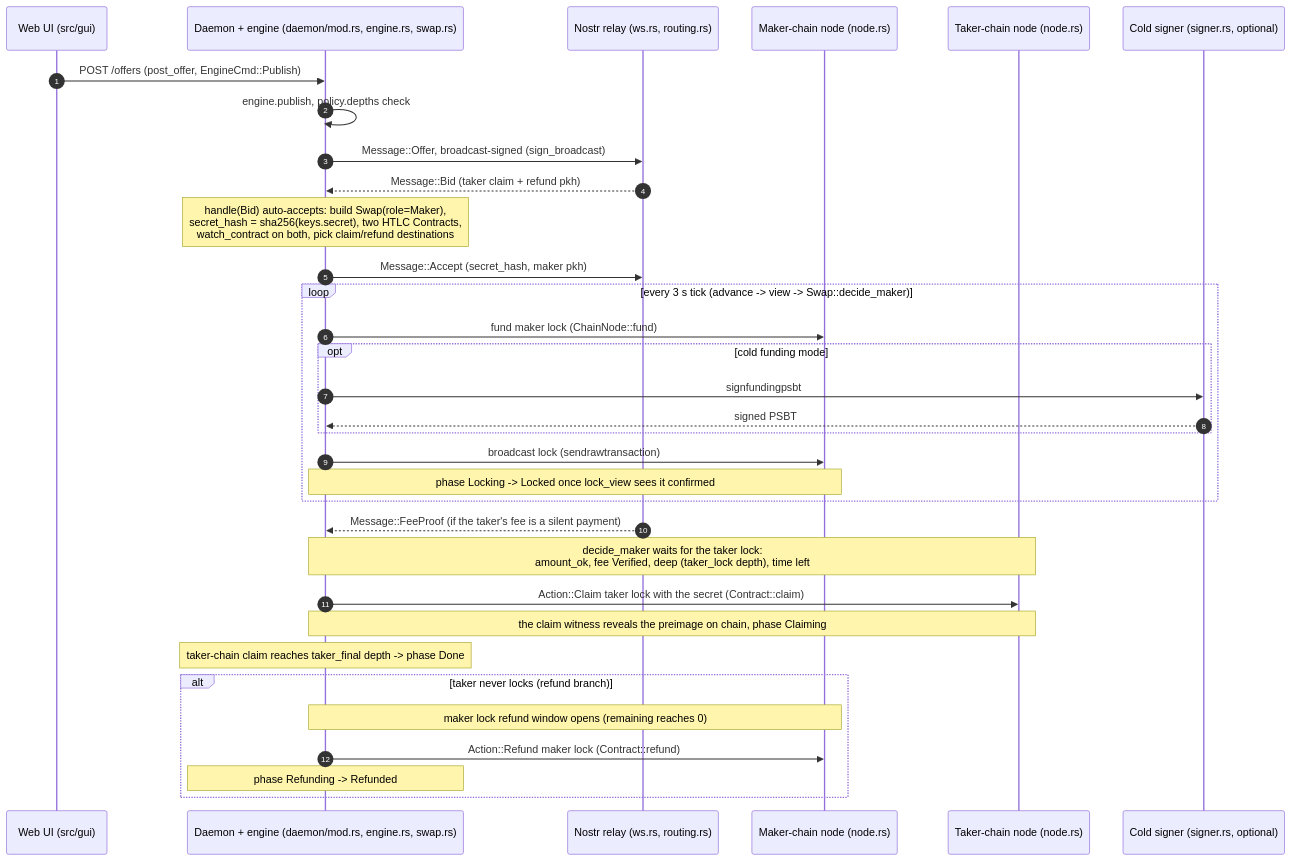
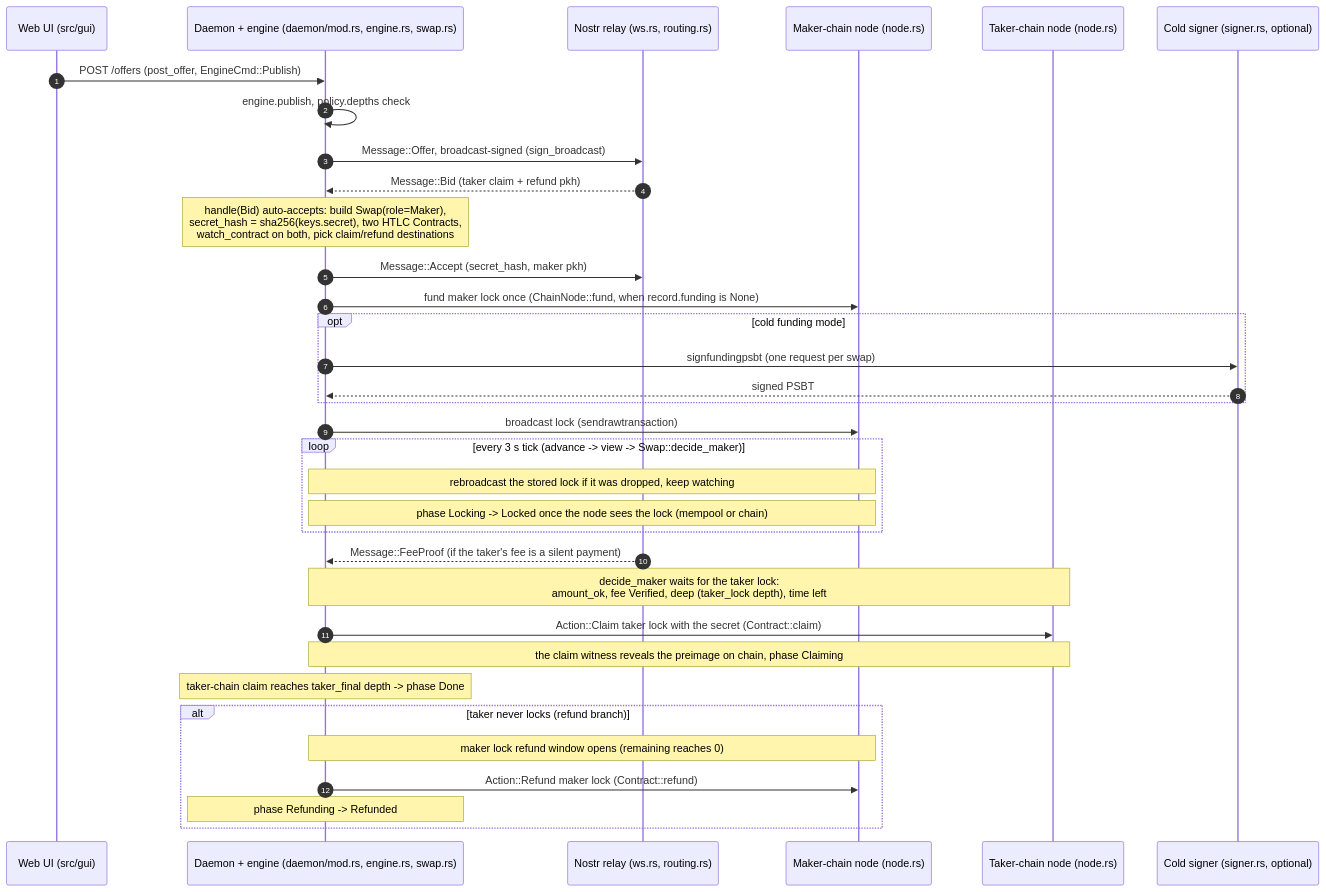
One commit to TwentyOneLife/sovereign-swap changed the second of 4 diagrams in docs/swap-flow.md. Above: the diagram before and after it, drawn with Mermaid. The commit also changed other lines of this file, not shown here.

First line of the commit message:
docs: swap-flow review fixes

````diff
--- a/docs/swap-flow.md
+++ b/docs/swap-flow.md
@@ -72,40 +82,41 @@
 ```mermaid
 sequenceDiagram
     autonumber
     participant UI as Web UI (src/gui)
     participant EN as Daemon + engine (daemon/mod.rs, engine.rs, swap.rs)
     participant RLY as Nostr relay (ws.rs, routing.rs)
     participant MN as Maker-chain node (node.rs)
     participant TN as Taker-chain node (node.rs)
     participant SGN as Cold signer (signer.rs, optional)
 
     UI->>EN: POST /offers (post_offer, EngineCmd::Publish)
     EN->>EN: engine.publish, policy.depths check
     EN->>RLY: Message::Offer, broadcast-signed (sign_broadcast)
 
     RLY-->>EN: Message::Bid (taker claim + refund pkh)
     Note over EN: handle(Bid) auto-accepts: build Swap(role=Maker),<br/>secret_hash = sha256(keys.secret), two HTLC Contracts,<br/>watch_contract on both, pick claim/refund destinations
     EN->>RLY: Message::Accept (secret_hash, maker pkh)
 
+    EN->>MN: fund maker lock once (ChainNode::fund, when record.funding is None)
+    opt cold funding mode
+        EN->>SGN: signfundingpsbt (one request per swap)
+        SGN-->>EN: signed PSBT
+    end
+    EN->>MN: broadcast lock (sendrawtransaction)
     loop every 3 s tick (advance -> view -> Swap::decide_maker)
-        EN->>MN: fund maker lock (ChainNode::fund)
-        opt cold funding mode
-            EN->>SGN: signfundingpsbt
-            SGN-->>EN: signed PSBT
-        end
-        EN->>MN: broadcast lock (sendrawtransaction)
-        Note over EN,MN: phase Locking -> Locked once lock_view sees it confirmed
+        Note over EN,MN: rebroadcast the stored lock if it was dropped, keep watching
+        Note over EN,MN: phase Locking -> Locked once the node sees the lock (mempool or chain)
     end
 
     RLY-->>EN: Message::FeeProof (if the taker's fee is a silent payment)
     Note over EN,TN: decide_maker waits for the taker lock:<br/>amount_ok, fee Verified, deep (taker_lock depth), time left
     EN->>TN: Action::Claim taker lock with the secret (Contract::claim)
     Note over EN,TN: the claim witness reveals the preimage on chain, phase Claiming
     Note over EN: taker-chain claim reaches taker_final depth -> phase Done
 
     alt taker never locks (refund branch)
         Note over EN,MN: maker lock refund window opens (remaining reaches 0)
         EN->>MN: Action::Refund maker lock (Contract::refund)
         Note over EN: phase Refunding -> Refunded
     end
 ```
````
